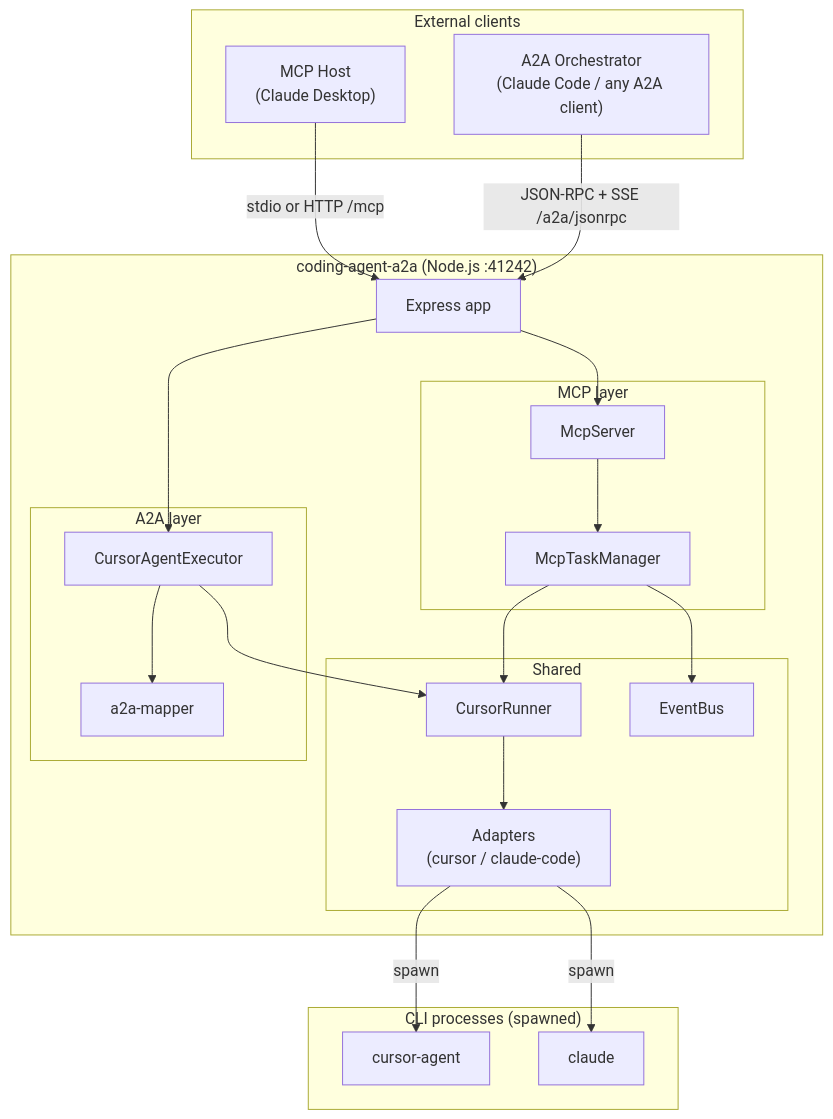
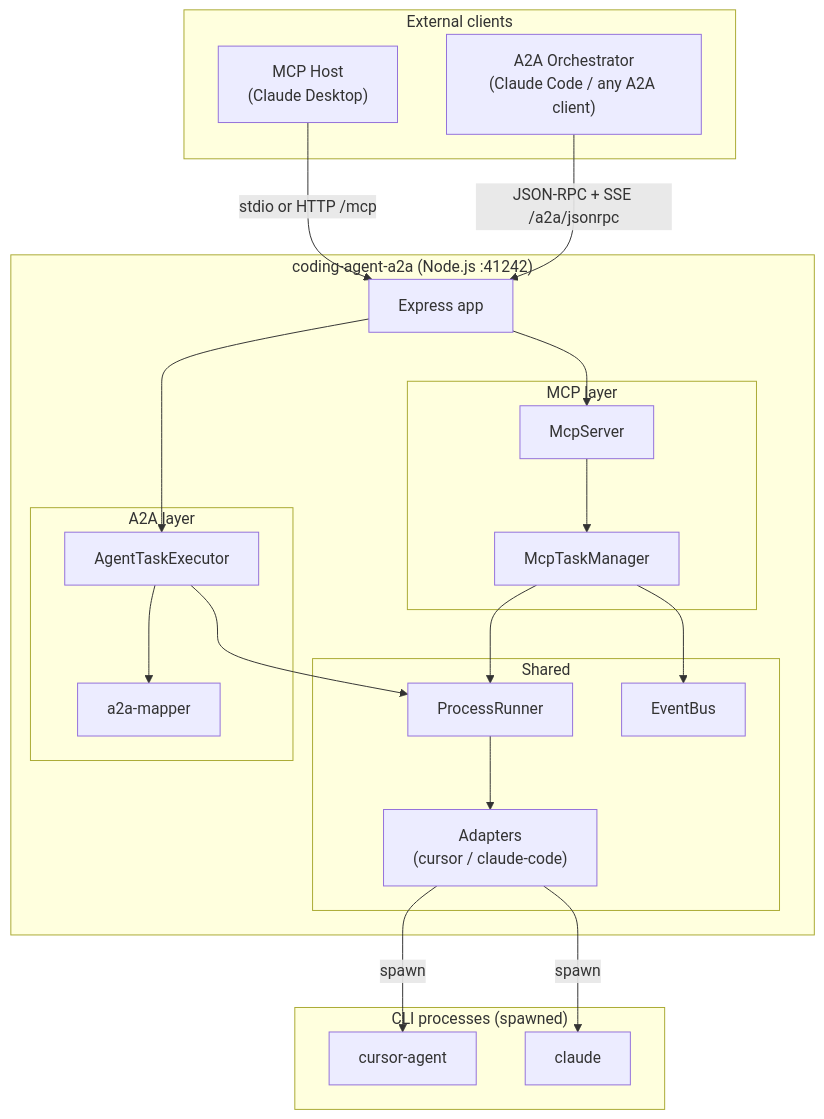
Before and after one commit to casabre/coding-agent-a2a: the first of 8 diagrams in docs/architecture.md, drawn with Mermaid. The commit also changed other lines of this file and 20 other files, not shown here.

First line of the commit message:
refactor: introduce Runner port and ProcessAdapter, rename Cursor* core

````diff
--- a/docs/architecture.md
+++ b/docs/architecture.md
@@ -25,45 +25,45 @@
 ```mermaid
 graph TB
     subgraph Clients["External clients"]
         MCPHost["MCP Host\n(Claude Desktop)"]
         A2AClient["A2A Orchestrator\n(Claude Code / any A2A client)"]
     end
 
     subgraph Server["coding-agent-a2a  (Node.js :41242)"]
         Express["Express app"]
 
         subgraph A2ALayer["A2A layer"]
-            Executor["CursorAgentExecutor"]
+            Executor["AgentTaskExecutor"]
             Mapper["a2a-mapper"]
         end
 
         subgraph MCPLayer["MCP layer"]
             MCPSrv["McpServer"]
             TaskMgr["McpTaskManager"]
         end
 
         subgraph SharedLayer["Shared"]
-            Runner["CursorRunner"]
+            Runner["ProcessRunner"]
             Adapters["Adapters\n(cursor / claude-code)"]
             EvBus["EventBus"]
         end
     end
 
     subgraph CLIs["CLI processes (spawned)"]
         CursorCLI["cursor-agent"]
         ClaudeCLI["claude"]
     end
 
     MCPHost  -->|"stdio or HTTP /mcp"| Express
     A2AClient -->|"JSON-RPC + SSE /a2a/jsonrpc"| Express
     Express --> Executor
     Express --> MCPSrv
     Executor --> Mapper
     Executor --> Runner
     MCPSrv  --> TaskMgr
     TaskMgr --> Runner
     TaskMgr --> EvBus
     Runner  --> Adapters
     Adapters -->|spawn| CursorCLI
     Adapters -->|spawn| ClaudeCLI
 ```
````
